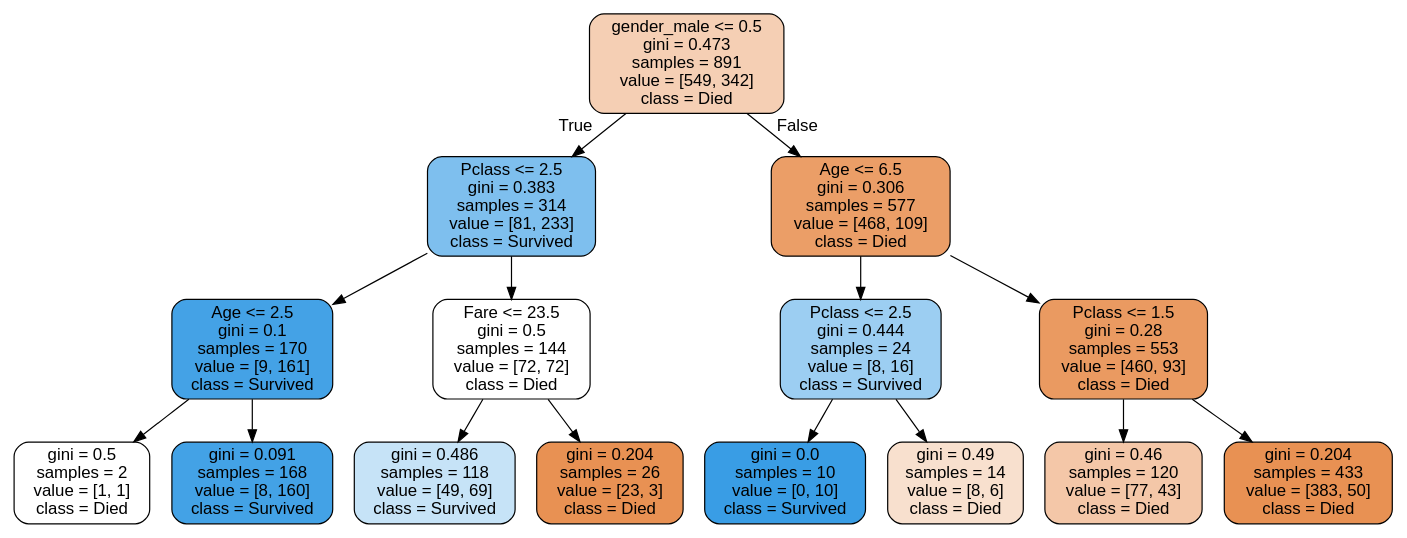
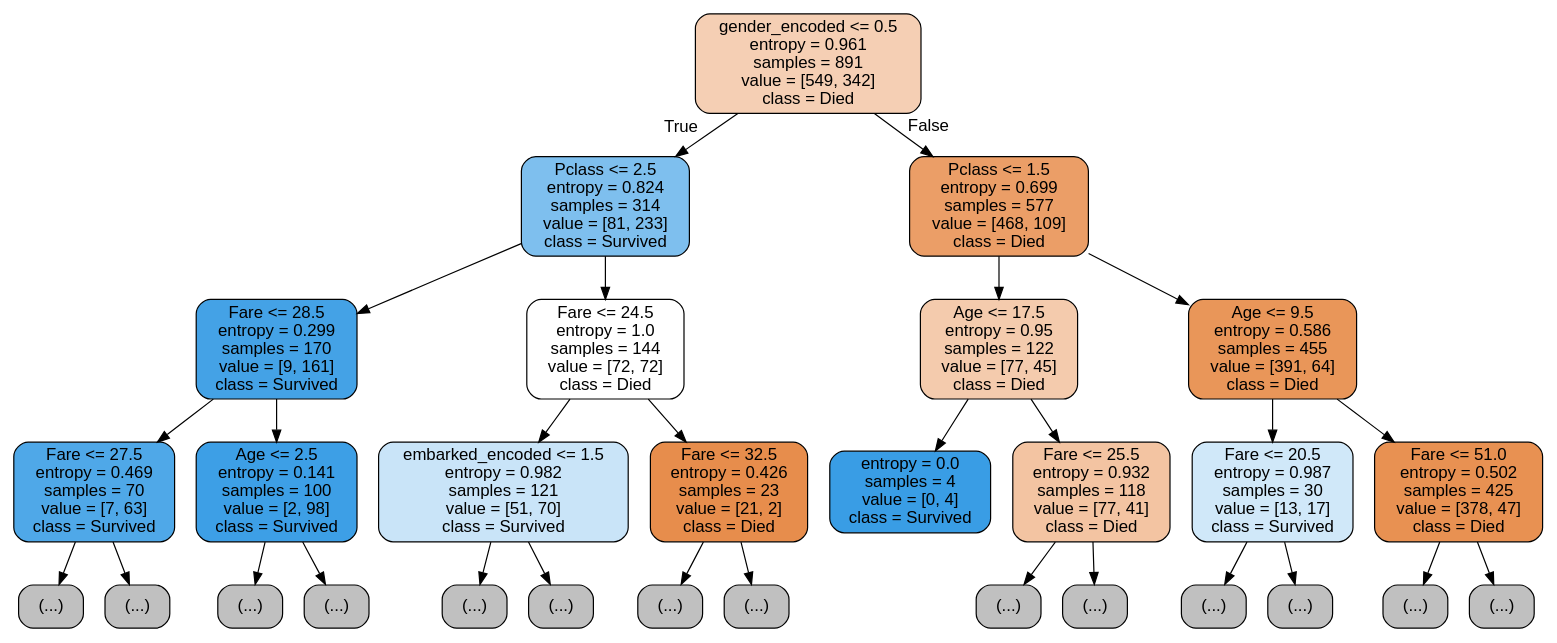
One commit to rahulg-infiswift/AnalyticsCourse changed the diagram in notebooks/tree1.dot. Above: the diagram before and after it, drawn with Graphviz. The commit also changed 24 other files, not shown here.

```diff
--- a/notebooks/tree1.dot
+++ b/notebooks/tree1.dot
@@ -1,33 +1,61 @@
 digraph Tree {
 node [shape=box, style="filled, rounded", color="black", fontname=helvetica] ;
 edge [fontname=helvetica] ;
-0 [label="gender_male <= 0.5\ngini = 0.473\nsamples = 891\nvalue = [549, 342]\nclass = Died", fillcolor="#f5cfb4"] ;
-1 [label="Pclass <= 2.5\ngini = 0.383\nsamples = 314\nvalue = [81, 233]\nclass = Survived", fillcolor="#7ebfee"] ;
+0 [label="gender_encoded <= 0.5\nentropy = 0.961\nsamples = 891\nvalue = [549, 342]\nclass = Died", fillcolor="#f5cfb4"] ;
+1 [label="Pclass <= 2.5\nentropy = 0.824\nsamples = 314\nvalue = [81, 233]\nclass = Survived", fillcolor="#7ebfee"] ;
 0 -> 1 [labeldistance=2.5, labelangle=45, headlabel="True"] ;
-2 [label="Age <= 2.5\ngini = 0.1\nsamples = 170\nvalue = [9, 161]\nclass = Survived", fillcolor="#44a2e6"] ;
+2 [label="Fare <= 28.5\nentropy = 0.299\nsamples = 170\nvalue = [9, 161]\nclass = Survived", fillcolor="#44a2e6"] ;
 1 -> 2 ;
-3 [label="gini = 0.5\nsamples = 2\nvalue = [1, 1]\nclass = Died", fillcolor="#ffffff"] ;
+3 [label="Fare <= 27.5\nentropy = 0.469\nsamples = 70\nvalue = [7, 63]\nclass = Survived", fillcolor="#4fa8e8"] ;
 2 -> 3 ;
-4 [label="gini = 0.091\nsamples = 168\nvalue = [8, 160]\nclass = Survived", fillcolor="#43a2e6"] ;
-2 -> 4 ;
-5 [label="Fare <= 23.5\ngini = 0.5\nsamples = 144\nvalue = [72, 72]\nclass = Died", fillcolor="#ffffff"] ;
-1 -> 5 ;
-6 [label="gini = 0.486\nsamples = 118\nvalue = [49, 69]\nclass = Survived", fillcolor="#c6e3f7"] ;
-5 -> 6 ;
-7 [label="gini = 0.204\nsamples = 26\nvalue = [23, 3]\nclass = Died", fillcolor="#e89153"] ;
-5 -> 7 ;
-8 [label="Age <= 6.5\ngini = 0.306\nsamples = 577\nvalue = [468, 109]\nclass = Died", fillcolor="#eb9e67"] ;
-0 -> 8 [labeldistance=2.5, labelangle=-45, headlabel="False"] ;
-9 [label="Pclass <= 2.5\ngini = 0.444\nsamples = 24\nvalue = [8, 16]\nclass = Survived", fillcolor="#9ccef2"] ;
-8 -> 9 ;
-10 [label="gini = 0.0\nsamples = 10\nvalue = [0, 10]\nclass = Survived", fillcolor="#399de5"] ;
-9 -> 10 ;
-11 [label="gini = 0.49\nsamples = 14\nvalue = [8, 6]\nclass = Died", fillcolor="#f8e0ce"] ;
-9 -> 11 ;
-12 [label="Pclass <= 1.5\ngini = 0.28\nsamples = 553\nvalue = [460, 93]\nclass = Died", fillcolor="#ea9a61"] ;
-8 -> 12 ;
-13 [label="gini = 0.46\nsamples = 120\nvalue = [77, 43]\nclass = Died", fillcolor="#f4c7a8"] ;
-12 -> 13 ;
-14 [label="gini = 0.204\nsamples = 433\nvalue = [383, 50]\nclass = Died", fillcolor="#e89153"] ;
-12 -> 14 ;
+4 [label="(...)", fillcolor="#C0C0C0"] ;
+3 -> 4 ;
+31 [label="(...)", fillcolor="#C0C0C0"] ;
+3 -> 31 ;
+32 [label="Age <= 2.5\nentropy = 0.141\nsamples = 100\nvalue = [2, 98]\nclass = Survived", fillcolor="#3d9fe6"] ;
+2 -> 32 ;
+33 [label="(...)", fillcolor="#C0C0C0"] ;
+32 -> 33 ;
+34 [label="(...)", fillcolor="#C0C0C0"] ;
+32 -> 34 ;
+41 [label="Fare <= 24.5\nentropy = 1.0\nsamples = 144\nvalue = [72, 72]\nclass = Died", fillcolor="#ffffff"] ;
+1 -> 41 ;
+42 [label="embarked_encoded <= 1.5\nentropy = 0.982\nsamples = 121\nvalue = [51, 70]\nclass = Survived", fillcolor="#c9e4f8"] ;
+41 -> 42 ;
+43 [label="(...)", fillcolor="#C0C0C0"] ;
+42 -> 43 ;
+76 [label="(...)", fillcolor="#C0C0C0"] ;
+42 -> 76 ;
+125 [label="Fare <= 32.5\nentropy = 0.426\nsamples = 23\nvalue = [21, 2]\nclass = Died", fillcolor="#e78d4c"] ;
+41 -> 125 ;
+126 [label="(...)", fillcolor="#C0C0C0"] ;
+125 -> 126 ;
+137 [label="(...)", fillcolor="#C0C0C0"] ;
+125 -> 137 ;
+138 [label="Pclass <= 1.5\nentropy = 0.699\nsamples = 577\nvalue = [468, 109]\nclass = Died", fillcolor="#eb9e67"] ;
+0 -> 138 [labeldistance=2.5, labelangle=-45, headlabel="False"] ;
+139 [label="Age <= 17.5\nentropy = 0.95\nsamples = 122\nvalue = [77, 45]\nclass = Died", fillcolor="#f4cbad"] ;
+138 -> 139 ;
+140 [label="entropy = 0.0\nsamples = 4\nvalue = [0, 4]\nclass = Survived", fillcolor="#399de5"] ;
+139 -> 140 ;
+141 [label="Fare <= 25.5\nentropy = 0.932\nsamples = 118\nvalue = [77, 41]\nclass = Died", fillcolor="#f3c4a2"] ;
+139 -> 141 ;
+142 [label="(...)", fillcolor="#C0C0C0"] ;
+141 -> 142 ;
+143 [label="(...)", fillcolor="#C0C0C0"] ;
+141 -> 143 ;
+226 [label="Age <= 9.5\nentropy = 0.586\nsamples = 455\nvalue = [391, 64]\nclass = Died", fillcolor="#e99659"] ;
+138 -> 226 ;
+227 [label="Fare <= 20.5\nentropy = 0.987\nsamples = 30\nvalue = [13, 17]\nclass = Survived", fillcolor="#d0e8f9"] ;
+226 -> 227 ;
+228 [label="(...)", fillcolor="#C0C0C0"] ;
+227 -> 228 ;
+229 [label="(...)", fillcolor="#C0C0C0"] ;
+227 -> 229 ;
+236 [label="Fare <= 51.0\nentropy = 0.502\nsamples = 425\nvalue = [378, 47]\nclass = Died", fillcolor="#e89152"] ;
+226 -> 236 ;
+237 [label="(...)", fillcolor="#C0C0C0"] ;
+236 -> 237 ;
+402 [label="(...)", fillcolor="#C0C0C0"] ;
+236 -> 402 ;
 }
```
